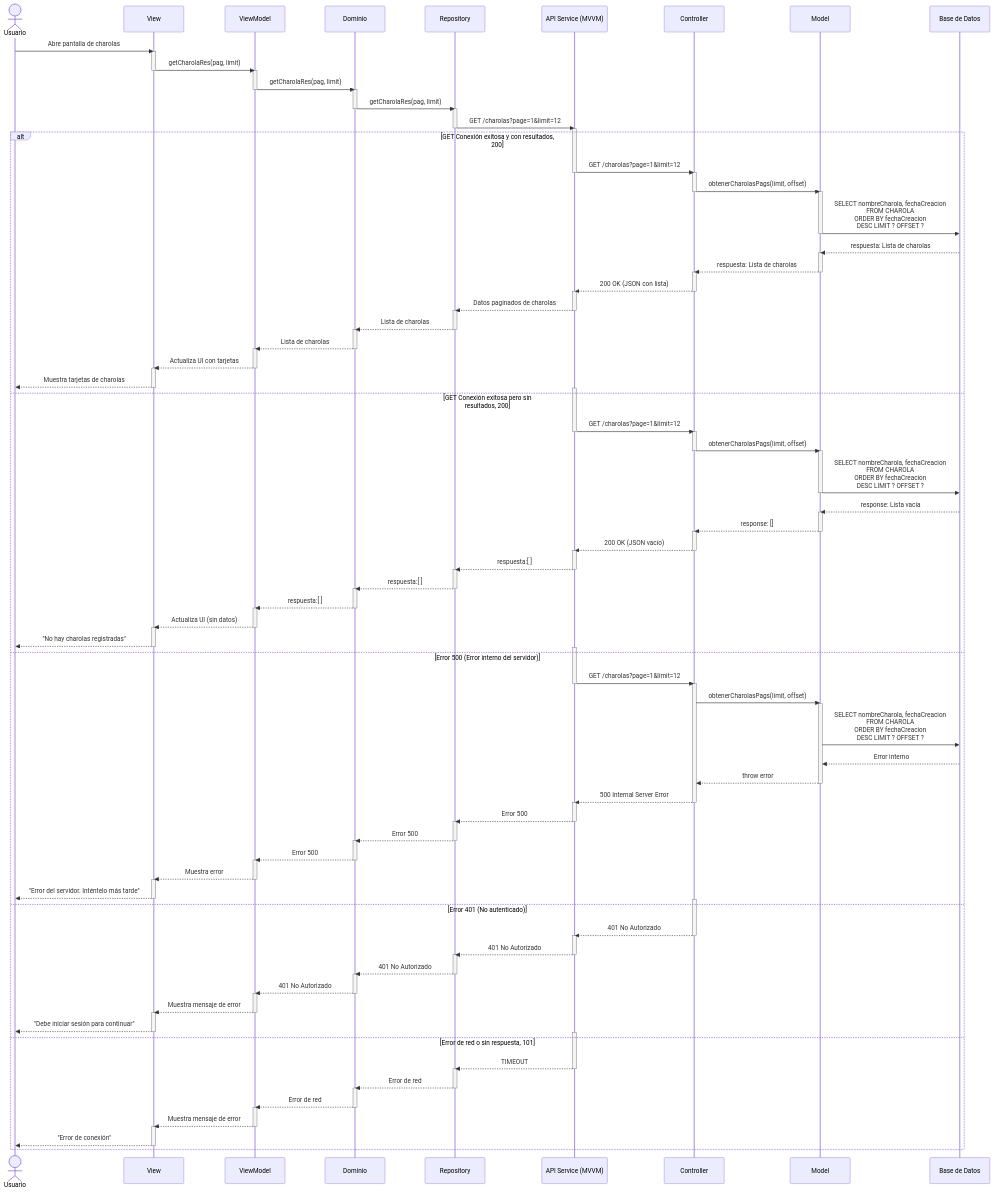
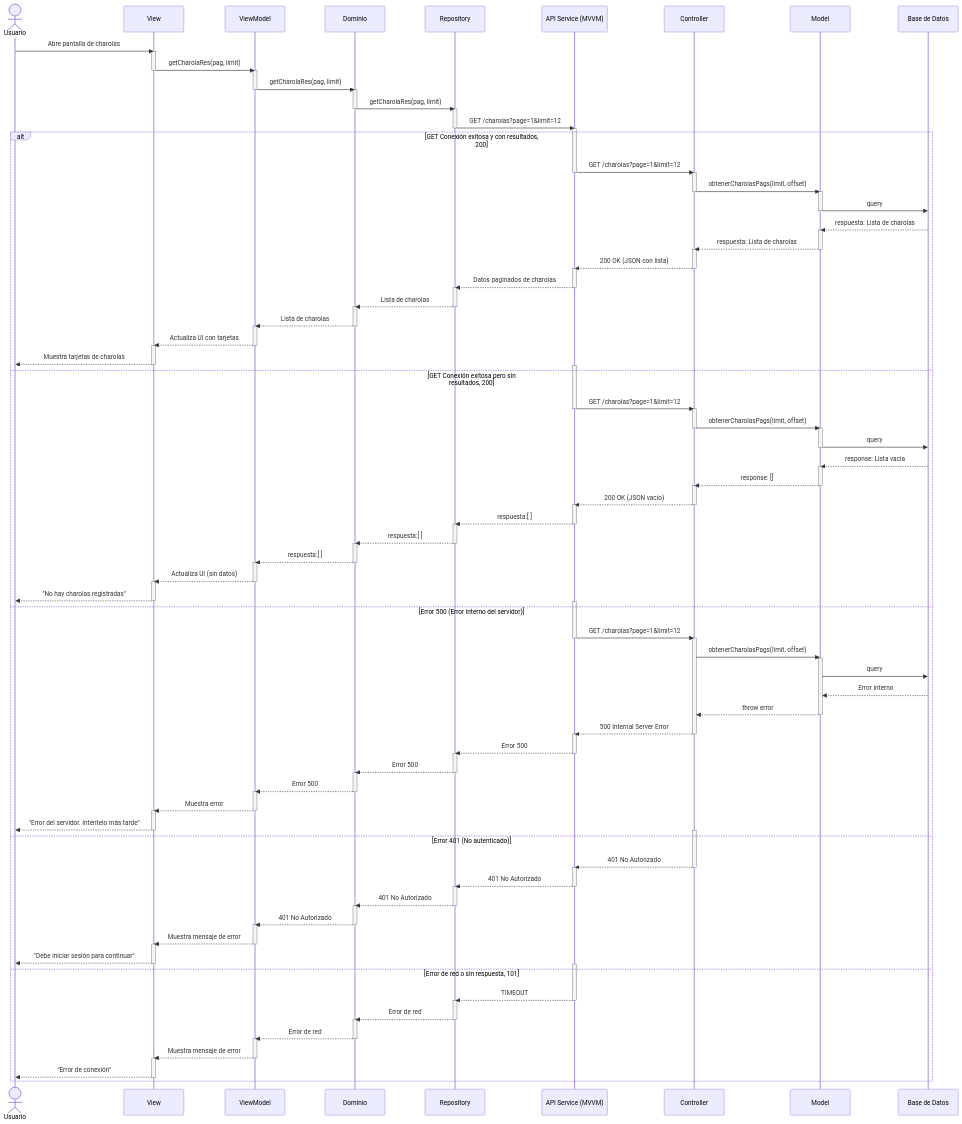
Before and after one commit to CodeAnd-Co/Documentacion: the diagram in documentation/docs/proyectos/larvas/documentacion/requisitos/RF16.md, drawn with Mermaid. The commit also changed 2 other files, not shown here.

Commit message:
Corregir diagramas de secuencia

```diff
--- a/documentation/docs/proyectos/larvas/documentacion/requisitos/RF16.md
+++ b/documentation/docs/proyectos/larvas/documentacion/requisitos/RF16.md
@@ -63,7 +63,7 @@
         deactivate Controller
 
         activate Model
-        Model->>Database: SELECT nombreCharola, fechaCreacion <br>FROM CHAROLA <br>ORDER BY fechaCreacion <br>DESC LIMIT ? OFFSET ?
+        Model->>Database: query
         deactivate Model
 
         Database-->>Model: respuesta: Lista de charolas
@@ -107,7 +107,7 @@
         deactivate Controller
 
         activate Model
-        Model->>Database: SELECT nombreCharola, fechaCreacion <br>FROM CHAROLA <br>ORDER BY fechaCreacion <br>DESC LIMIT ? OFFSET ?
+        Model->>Database: query
         deactivate Model
 
         Database-->>Model: response: Lista vacía
@@ -151,7 +151,7 @@
         
 
         activate Model
-        Model->>Database: SELECT nombreCharola, fechaCreacion <br>FROM CHAROLA <br>ORDER BY fechaCreacion <br>DESC LIMIT ? OFFSET ?
+        Model->>Database: query
 
         Database-->>Model: Error interno
         
```
